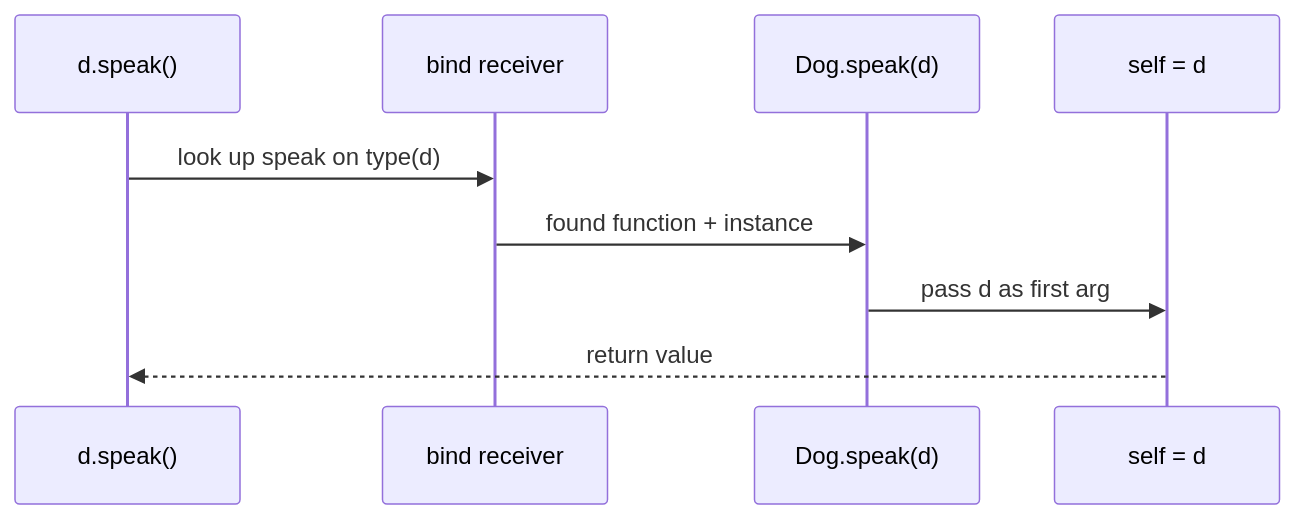
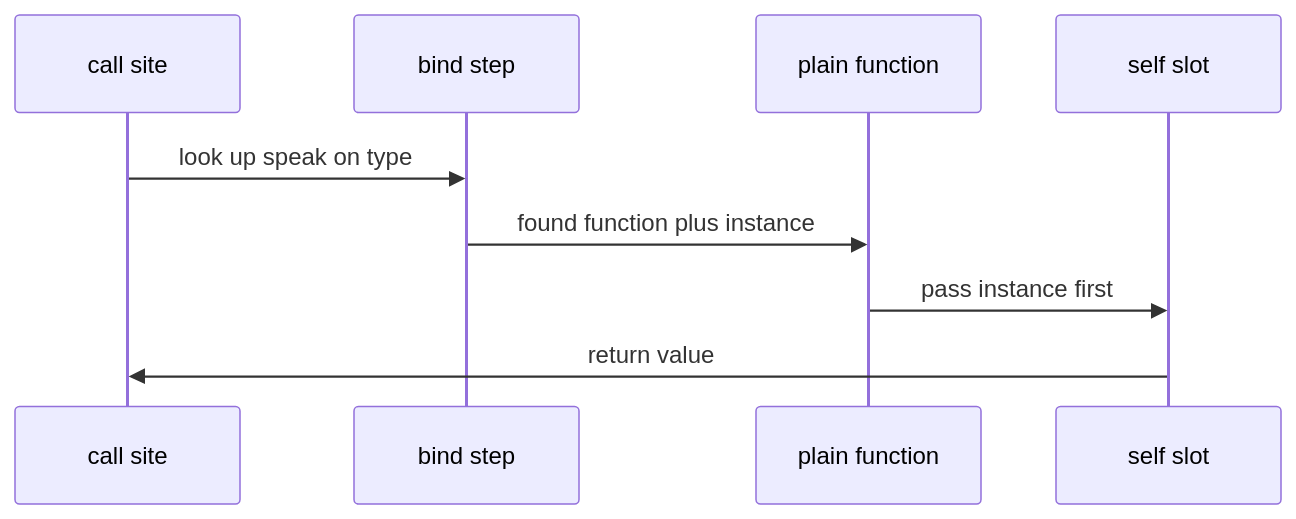
One commit to AslamNazeerShaikh/Python-Material changed the first of 2 diagrams in docs/learning/10-self-and-annotations.md. Above: the diagram before and after it, drawn with Mermaid. The commit also changed other lines of this file and 16 other files, not shown here.

Commit message:
docs(learning): rebuild all mermaid in safe subset

````diff
--- a/docs/learning/10-self-and-annotations.md
+++ b/docs/learning/10-self-and-annotations.md
@@ -58,11 +58,11 @@
 ```mermaid
 sequenceDiagram
-    participant Call as d.speak()
-    participant Bind as bind receiver
-    participant Fn as Dog.speak(d)
-    participant Self as self = d
-    Call->>Bind: look up speak on type(d)
-    Bind->>Fn: found function + instance
-    Fn->>Self: pass d as first arg
-    Self-->>Call: return value
+    participant Call as call site
+    participant Bind as bind step
+    participant Fn as plain function
+    participant Self as self slot
+    Call->>Bind: look up speak on type
+    Bind->>Fn: found function plus instance
+    Fn->>Self: pass instance first
+    Self->>Call: return value
 ```
````
